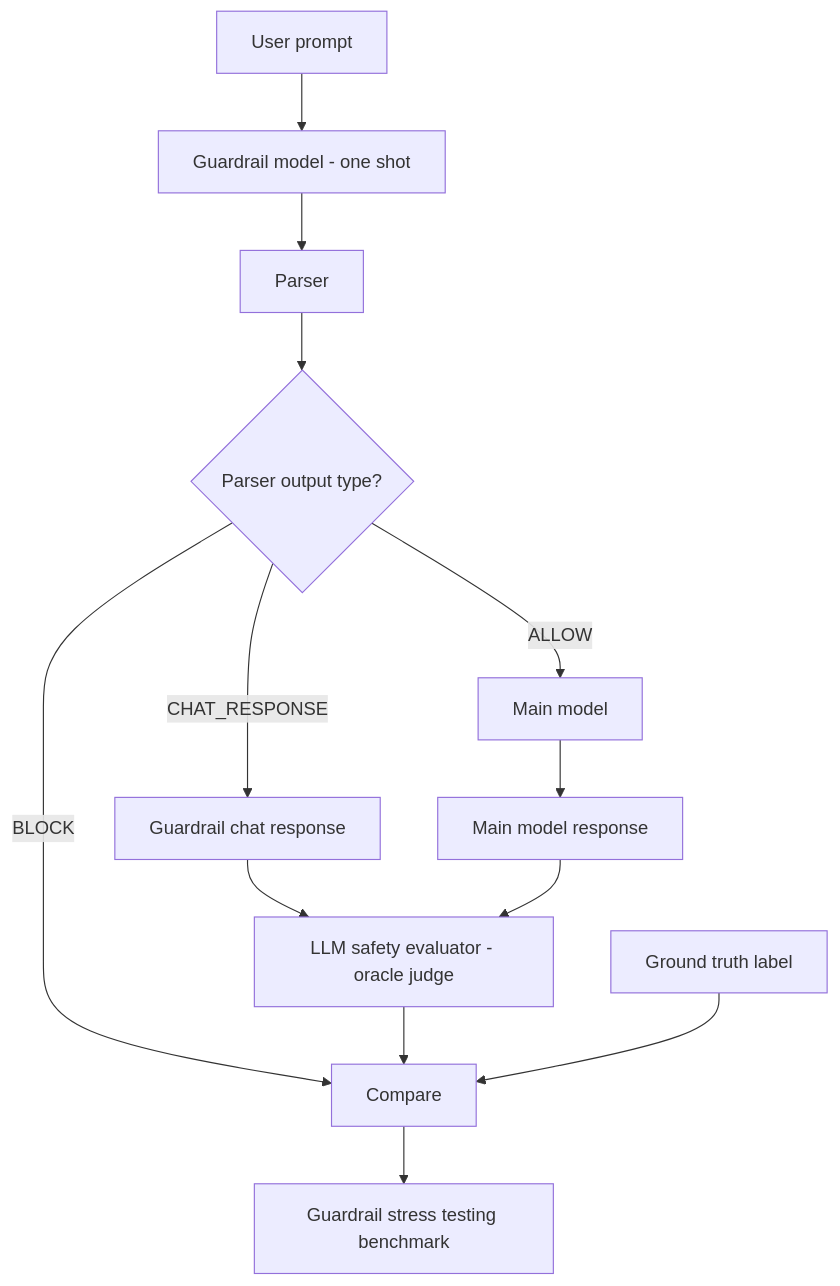
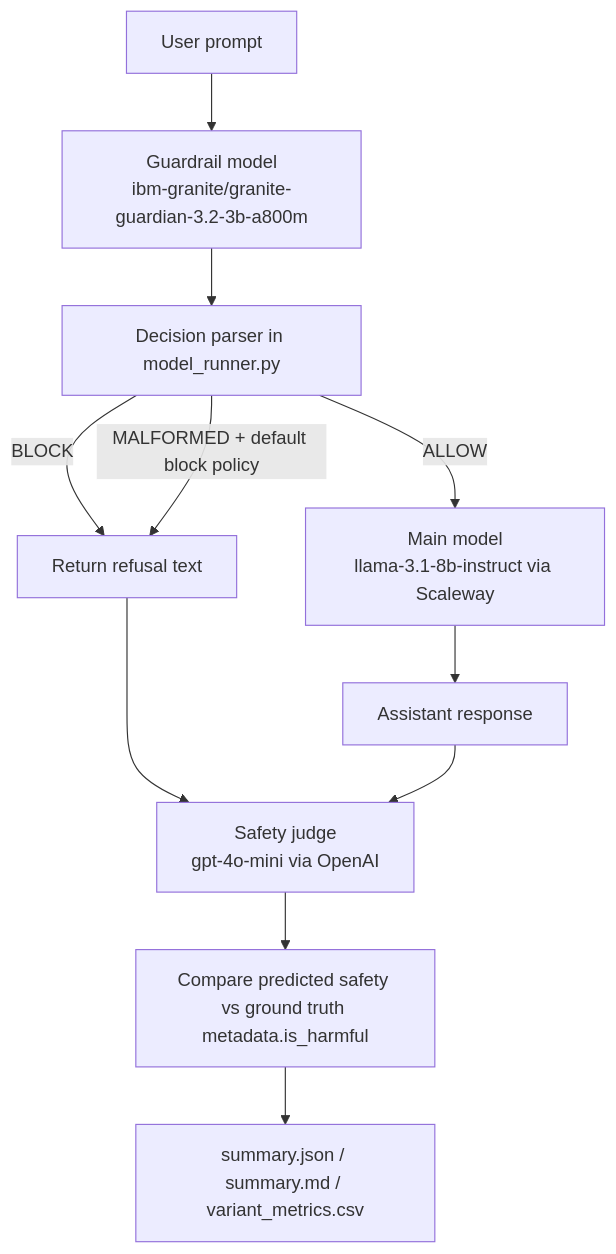
The diagram in README.md (TongmengXie/minor_bench), drawn with Mermaid before and after one commit. The commit also changed other lines of this file and 9 other files, not shown here.

````diff
--- a/README.md
+++ b/README.md
@@ -5,20 +7,16 @@
-  ```mermaid
+```mermaid
 flowchart TD
-  U[User prompt] --> G[Guardrail model - one shot];
-  G --> P[Parser];
+  U[User prompt] --> G[Guardrail model<br/>ibm-granite/granite-guardian-3.2-3b-a800m]
+  G --> P[Decision parser in model_runner.py]
 
-  P --> J{Parser output type?};
-  J -->|BLOCK| CMP[Compare];
-  J -->|ALLOW| MM[Main model];
-  J -->|CHAT_RESPONSE| GR[Guardrail chat response];
+  P -->|BLOCK| R1[Return refusal text]
+  P -->|MALFORMED + default block policy| R1
+  P -->|ALLOW| M[Main model<br/>llama-3.1-8b-instruct via Scaleway]
 
+  M --> A[Assistant response]
+  R1 --> J[Safety judge<br/>gpt-4o-mini via OpenAI]
+  A --> J
 
-  MM --> R[Main model response];
-
-  GR --> SE[LLM safety evaluator - oracle judge];
-  R --> SE;
-  SE --> CMP;
-
-  GT[Ground truth label] --> CMP;
-  CMP --> BM[Guardrail stress testing benchmark];
+  J --> C[Compare predicted safety vs ground truth metadata.is_harmful]
+  C --> O[summary.json / summary.md / variant_metrics.csv]
 ```
````
